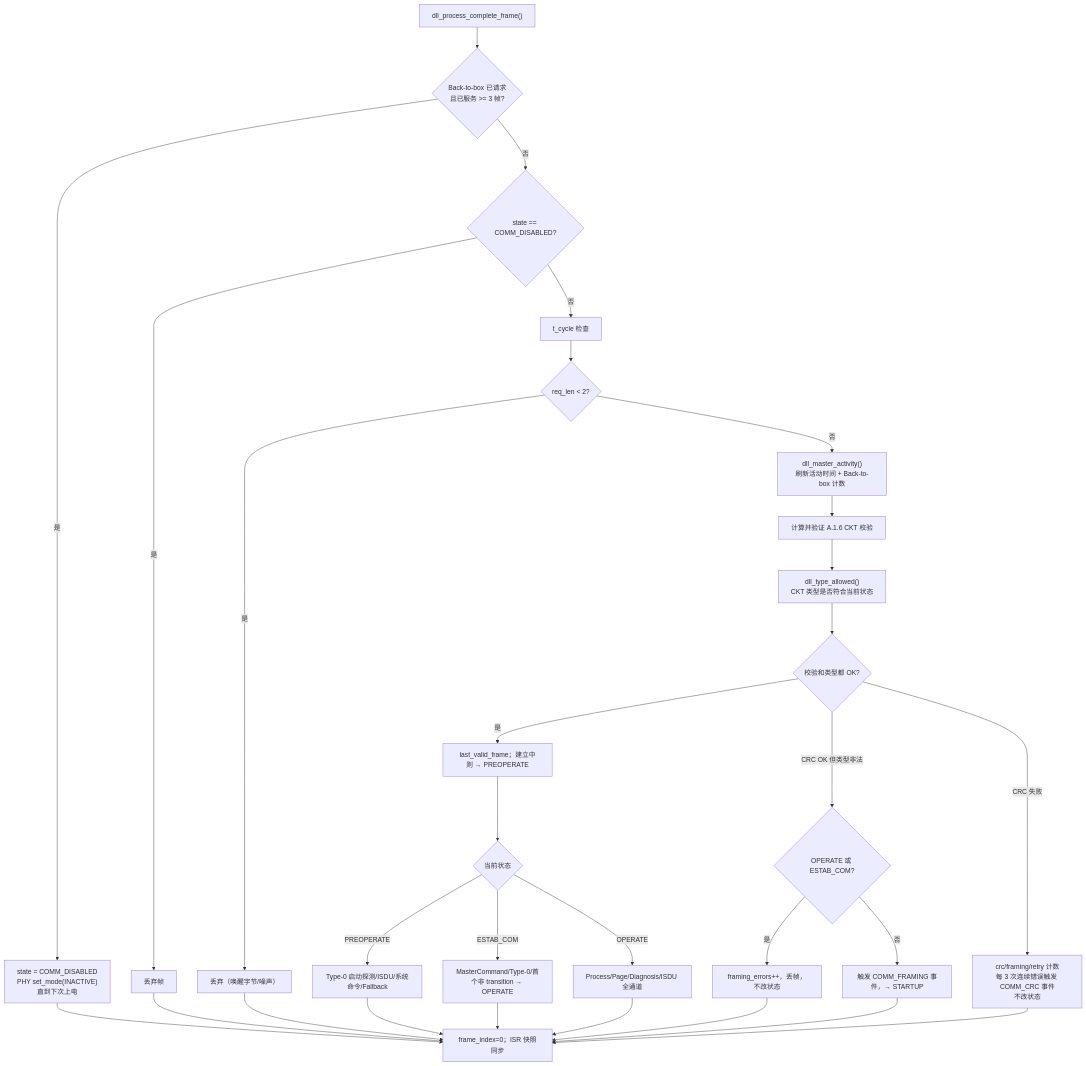
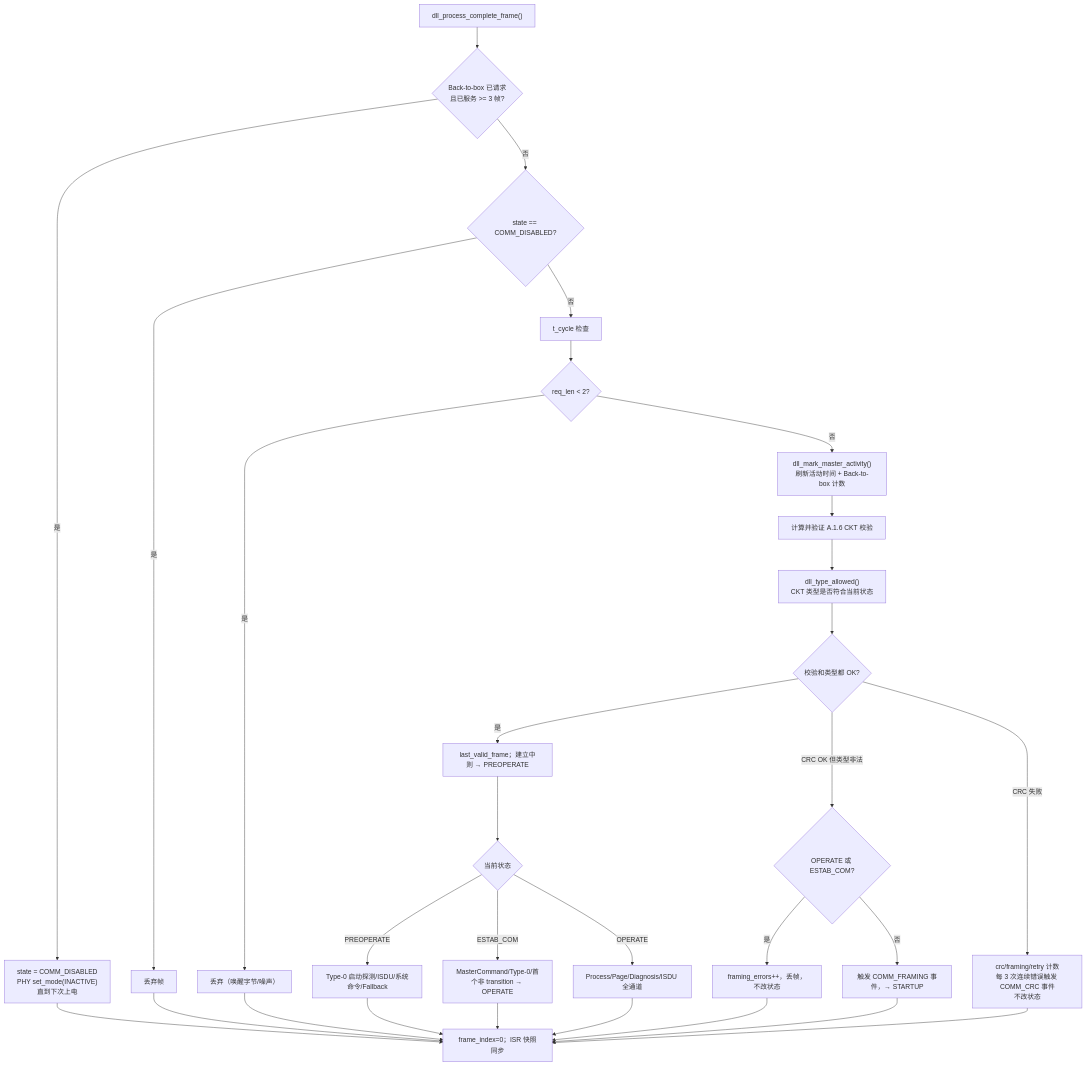
Before and after one commit to Adlyq/iolinki: the sixth of 16 diagrams in docs/CODE_FLOW.md, drawn with Mermaid. The commit also changed other lines of this file and 28 other files, not shown here.

````diff
--- a/docs/CODE_FLOW.md
+++ b/docs/CODE_FLOW.md
@@ -309,32 +309,32 @@
 ```mermaid
 flowchart TD
     A["dll_process_complete_frame()"] --> B{"Back-to-box 已请求<br/>且已服务 >= 3 帧?"}
     B -- 是 --> B1["state = COMM_DISABLED<br/>PHY set_mode(INACTIVE)<br/>直到下次上电"]
     B -- 否 --> C{"state == COMM_DISABLED?"}
     C -- 是 --> C1["丢弃帧"]
     C -- 否 --> D["t_cycle 检查"]
     D --> E{"req_len < 2?"}
     E -- 是 --> E1["丢弃（唤醒字节/噪声）"]
-    E -- 否 --> F["dll_master_activity()<br/>刷新活动时间 + Back-to-box 计数"]
+    E -- 否 --> F["dll_mark_master_activity()<br/>刷新活动时间 + Back-to-box 计数"]
     F --> G["计算并验证 A.1.6 CKT 校验"]
     G --> H["dll_type_allowed()<br/>CKT 类型是否符合当前状态"]
     H --> I{"校验和类型都 OK?"}
     I -- 是 --> J["last_valid_frame；建立中则 → PREOPERATE"]
     J --> K{"当前状态"}
     K -- PREOPERATE --> L["Type-0 启动探测/ISDU/系统命令/Fallback"]
     K -- ESTAB_COM --> M["MasterCommand/Type-0/首个非 transition → OPERATE"]
     K -- OPERATE --> N["Process/Page/Diagnosis/ISDU 全通道"]
     I -- "CRC OK 但类型非法" --> O{"OPERATE 或 ESTAB_COM?"}
     O -- 是 --> O1["framing_errors++，丢帧，不改状态"]
     O -- 否 --> O2["触发 COMM_FRAMING 事件，→ STARTUP"]
     I -- "CRC 失败" --> P["crc/framing/retry 计数<br/>每 3 次连续错误触发 COMM_CRC 事件<br/>不改状态"]
     L --> Q["frame_index=0；ISR 快照同步"]
     M --> Q
     N --> Q
     O1 --> Q
     O2 --> Q
     P --> Q
     B1 --> Q
     C1 --> Q
     E1 --> Q
 ```
````
